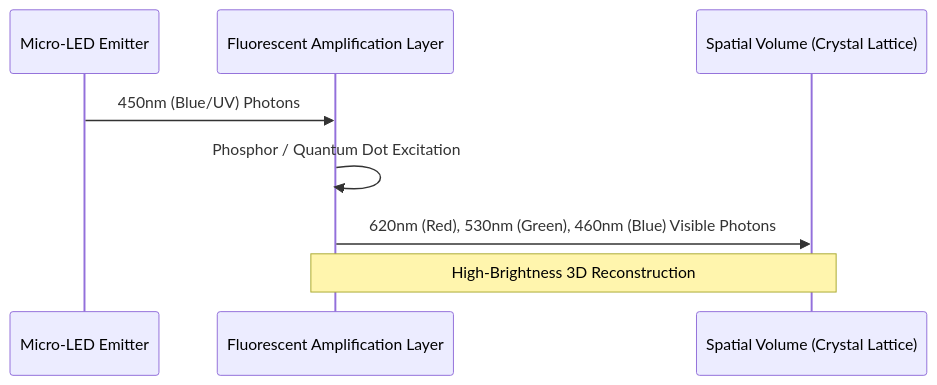
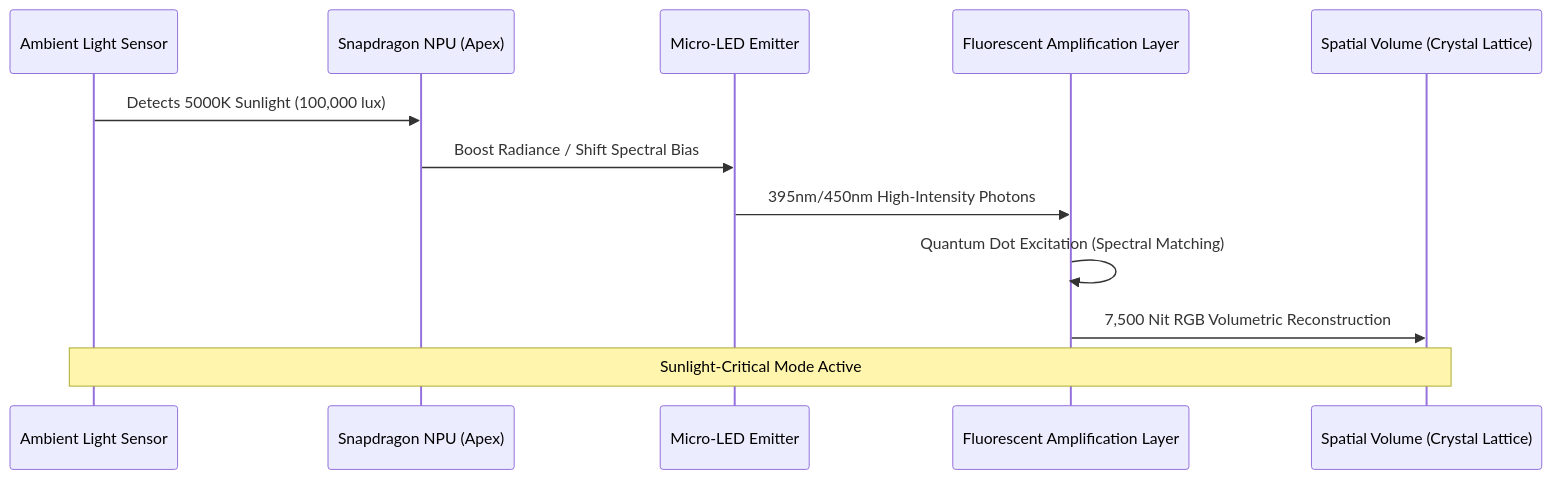
The third of 3 diagrams in docs/hardware/optical_diagrams.md (YEMURAI-CAROLINE-MLAMBO/BF-v2), drawn with Mermaid before and after one commit. The commit also changed other lines of this file and 4 other files, not shown here.

First line of the commit message:
Update technical diagrams, white paper, and patent draft for BendingForce v2

````diff
--- a/docs/hardware/optical_diagrams.md
+++ b/docs/hardware/optical_diagrams.md
@@ -46,11 +54,15 @@
 ```mermaid
 sequenceDiagram
+    participant ALS as Ambient Light Sensor
+    participant NPU as Snapdragon NPU (Apex)
     participant Emitter as Micro-LED Emitter
     participant FAL as Fluorescent Amplification Layer
     participant Space as Spatial Volume (Crystal Lattice)
 
-    Emitter->>FAL: 450nm (Blue/UV) Photons
-    FAL->>FAL: Phosphor / Quantum Dot Excitation
-    FAL->>Space: 620nm (Red), 530nm (Green), 460nm (Blue) Visible Photons
-    Note over FAL, Space: High-Brightness 3D Reconstruction
+    ALS->>NPU: Detects 5000K Sunlight (100,000 lux)
+    NPU->>Emitter: Boost Radiance / Shift Spectral Bias
+    Emitter->>FAL: 395nm/450nm High-Intensity Photons
+    FAL->>FAL: Quantum Dot Excitation (Spectral Matching)
+    FAL->>Space: 7,500 Nit RGB Volumetric Reconstruction
+    Note over ALS, Space: Sunlight-Critical Mode Active
 ```
````
